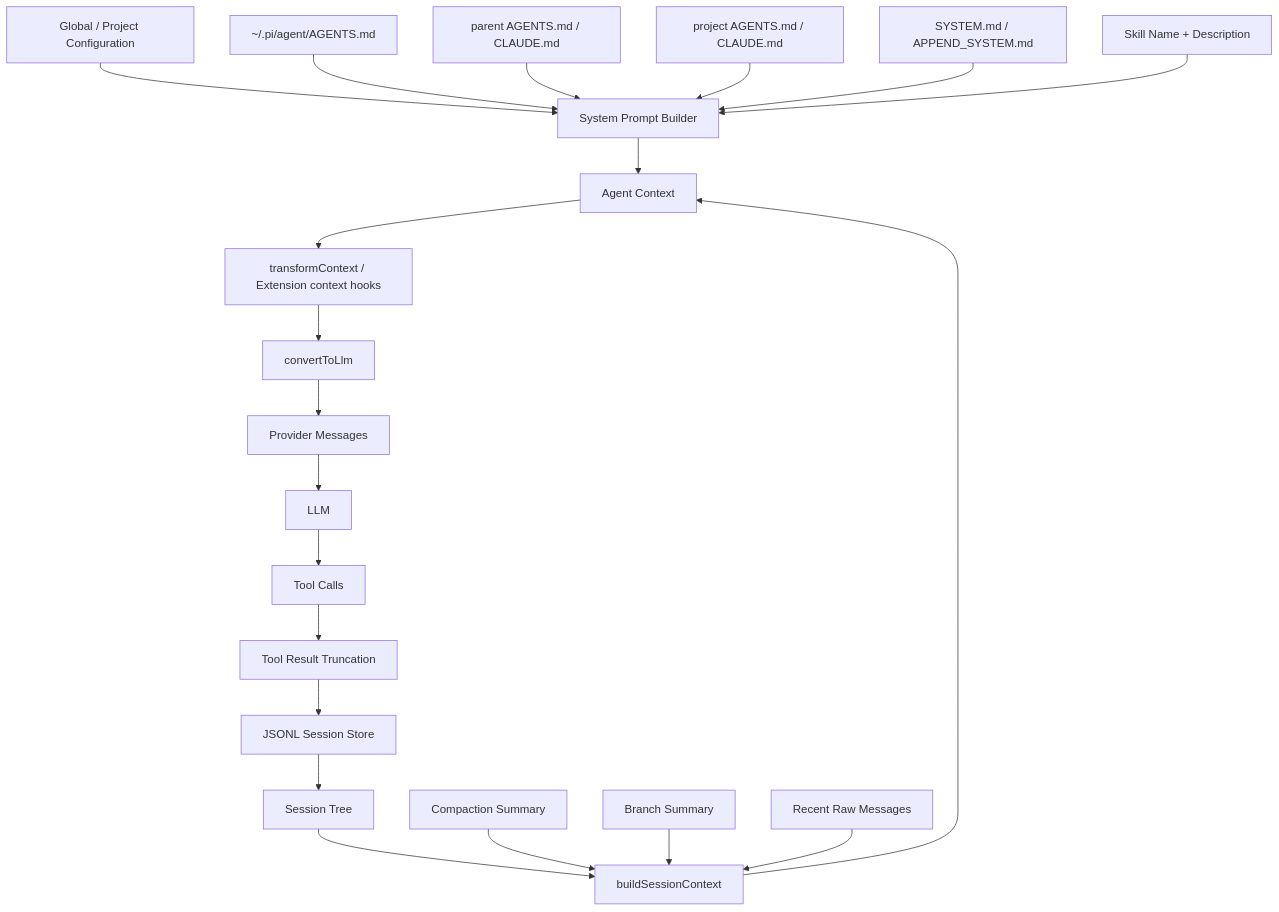
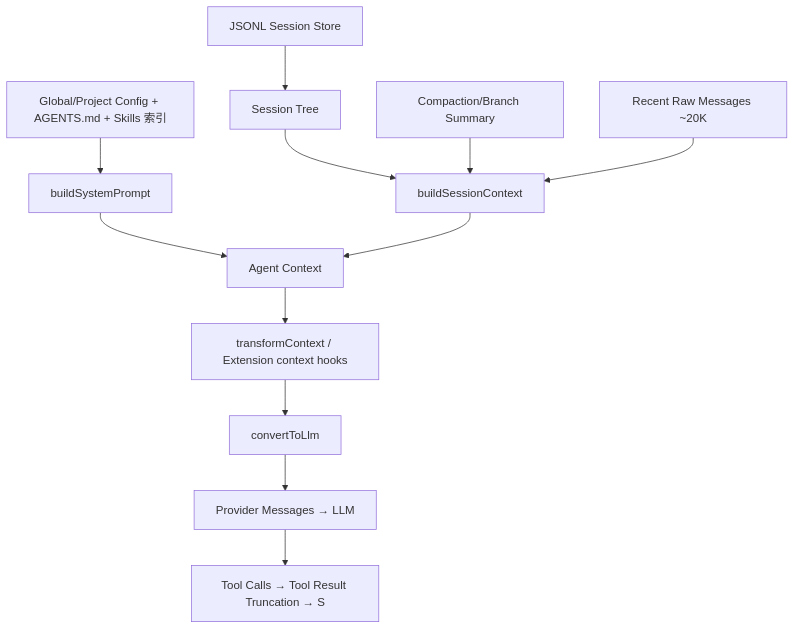
The diagram in docs/Pi_Agent_Context_Engineering_Research.md (ht-spark/DAAgent), drawn with Mermaid before and after one commit. The commit also changed other lines of this file and 21 other files, not shown here.

````diff
--- a/docs/Pi_Agent_Context_Engineering_Research.md
+++ b/docs/Pi_Agent_Context_Engineering_Research.md
@@ -90,33 +37,14 @@
 ```mermaid
 flowchart TD
-
-    A[Global / Project Configuration] --> B[System Prompt Builder]
-
-    A1[~/.pi/agent/AGENTS.md] --> B
-    A2[parent AGENTS.md / CLAUDE.md] --> B
-    A3[project AGENTS.md / CLAUDE.md] --> B
-    A4[SYSTEM.md / APPEND_SYSTEM.md] --> B
-    A5[Skill Name + Description] --> B
-
+    A[Global/Project Config + AGENTS.md + Skills 索引] --> B[buildSystemPrompt]
     S[JSONL Session Store] --> T[Session Tree]
     T --> C[buildSessionContext]
-
-    C1[Compaction Summary] --> C
-    C2[Branch Summary] --> C
-    C3[Recent Raw Messages] --> C
-
+    C1[Compaction/Branch Summary] --> C
+    C2[Recent Raw Messages ~20K] --> C
     B --> D[Agent Context]
     C --> D
-
     D --> E[transformContext / Extension context hooks]
-
     E --> F[convertToLlm]
-
-    F --> G[Provider Messages]
-
-    G --> H[LLM]
-
-    H --> I[Tool Calls]
-    I --> J[Tool Result Truncation]
-    J --> S
+    F --> G[Provider Messages → LLM]
+    G --> H[Tool Calls → Tool Result Truncation → S]
 ```
````
